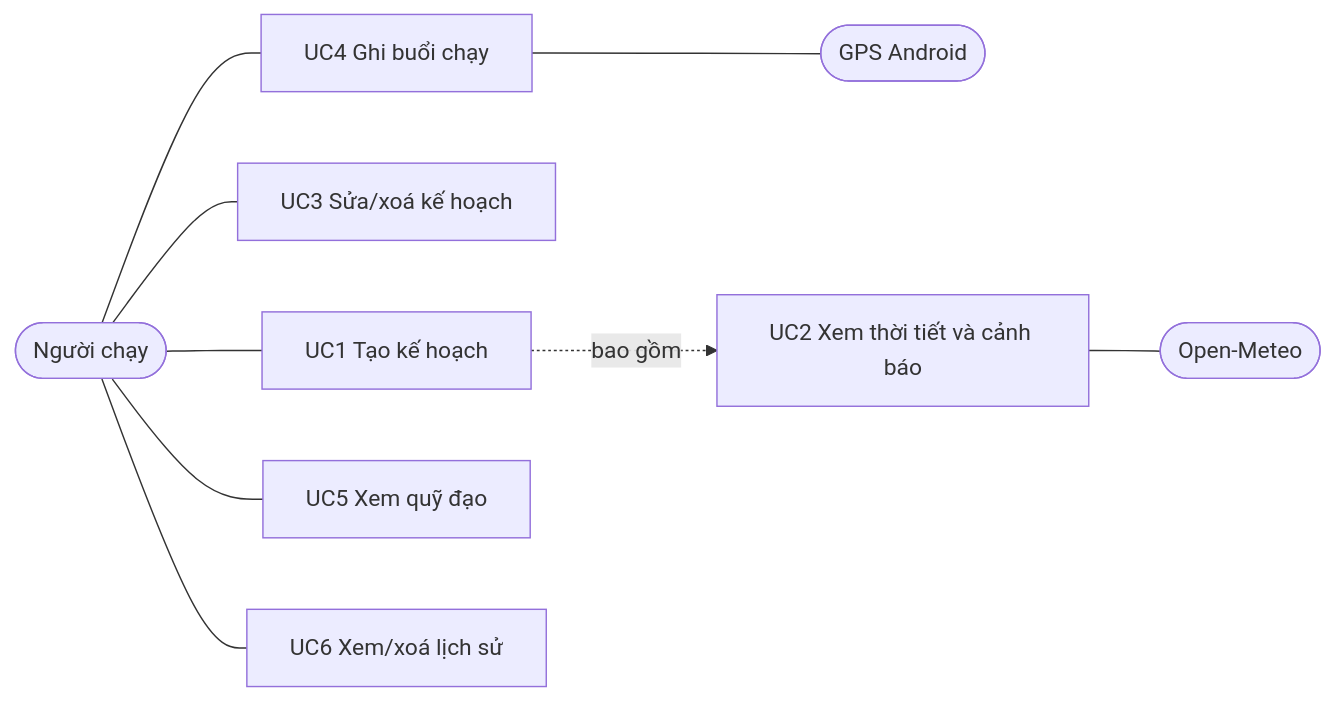
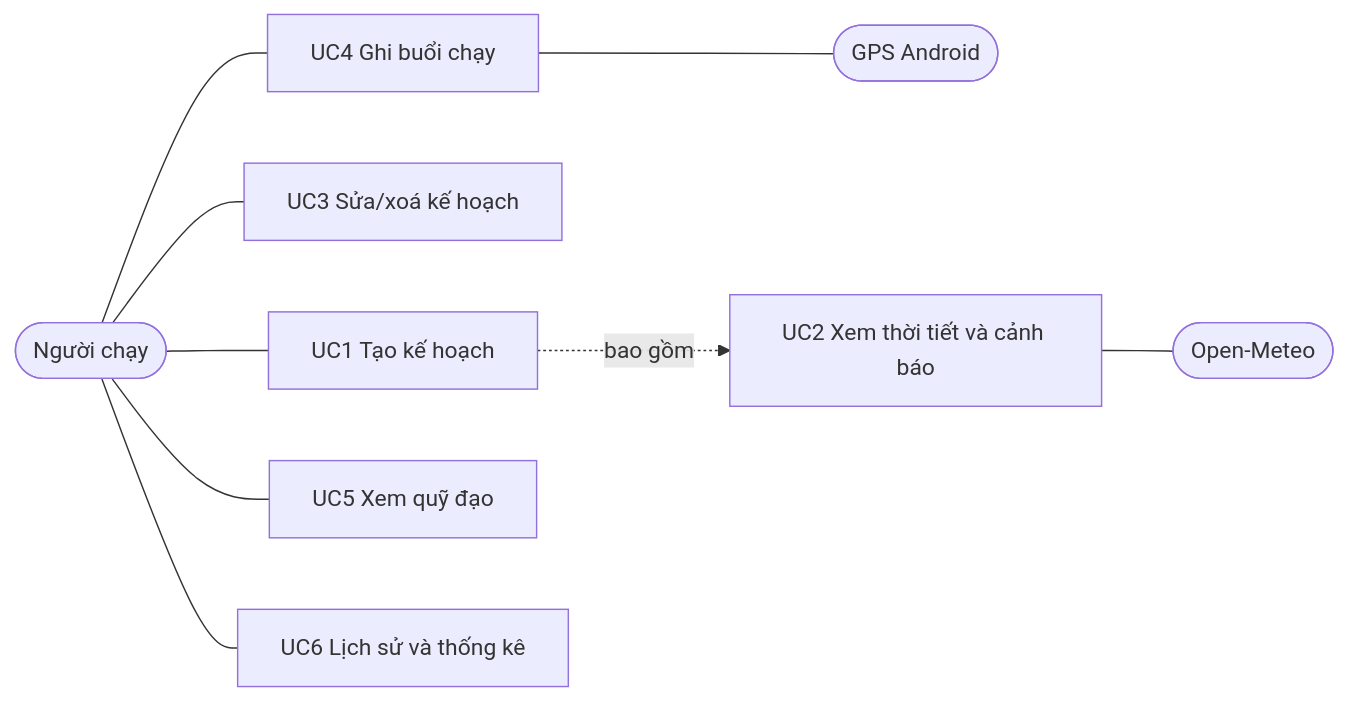
Before and after one commit to Nha-Cong-Dong/RunMate: the first of 10 diagrams in docs/SPEC.md, drawn with Mermaid. The commit also changed other lines of this file and 1 other file, not shown here.

Commit message:
docs: S1 lịch tuần có lịch sử, S8 thống kê, xoá kế hoạch giữ buổi chạy

````diff
--- a/docs/SPEC.md
+++ b/docs/SPEC.md
@@ -99,16 +99,16 @@
 ```mermaid
 flowchart LR
     U([Người chạy])
     W([Open-Meteo])
     G([GPS Android])
 
     U --- UC1[UC1 Tạo kế hoạch]
     U --- UC3[UC3 Sửa/xoá kế hoạch]
     U --- UC4[UC4 Ghi buổi chạy]
     U --- UC5[UC5 Xem quỹ đạo]
-    U --- UC6[UC6 Xem/xoá lịch sử]
+    U --- UC6[UC6 Lịch sử và thống kê]
 
     UC1 -. bao gồm .-> UC2[UC2 Xem thời tiết và cảnh báo]
     UC2 --- W
     UC4 --- G
 ```
````
